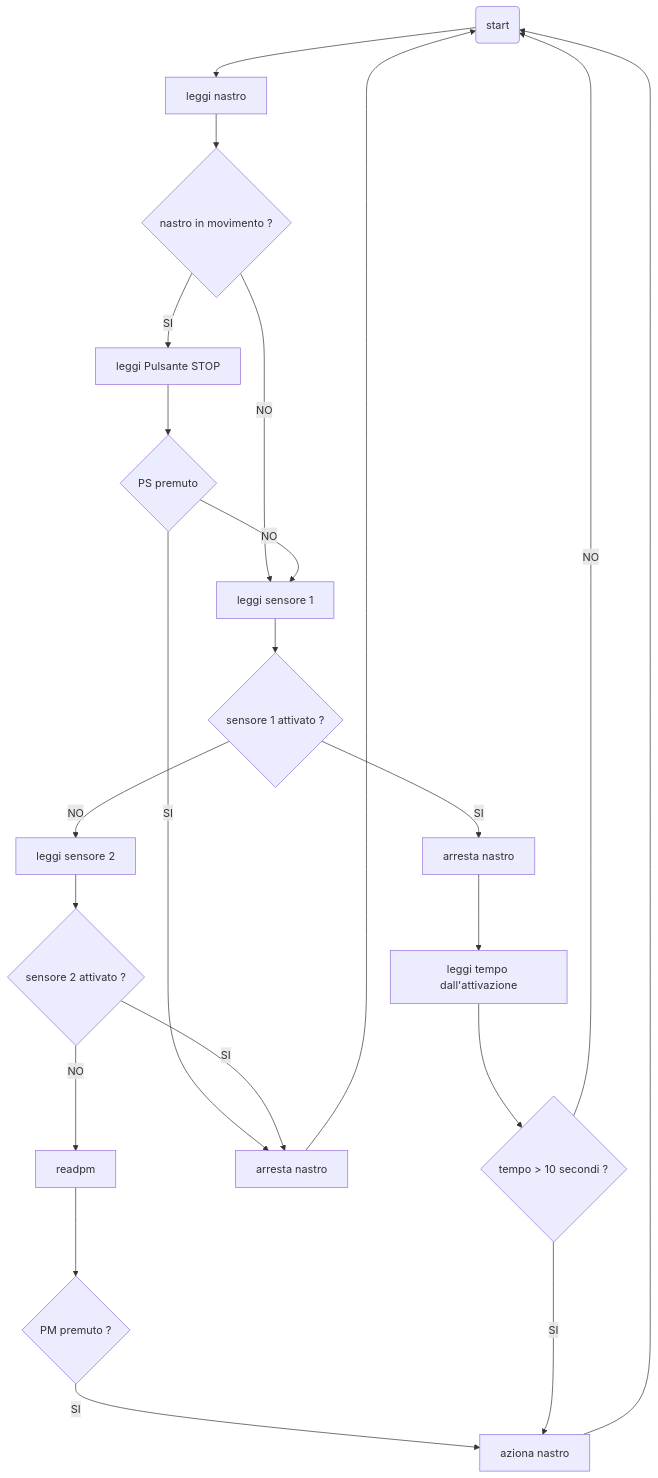
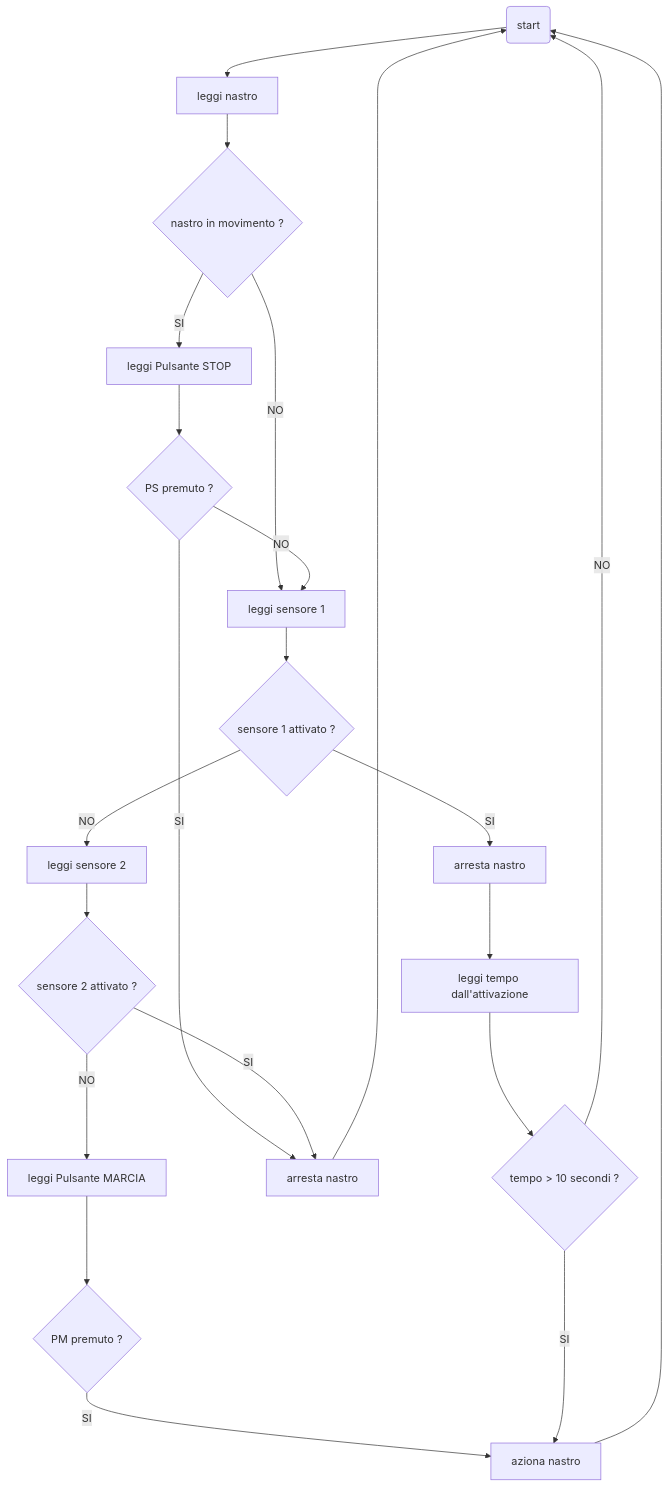
Before and after one commit to dennyb87/elettrotecnica-serale: the diagram in classe_5/sistemi/uda_2/consegne/nastro_trasportatore_temporizzato.md, drawn with Mermaid.

````diff
--- a/classe_5/sistemi/uda_2/consegne/nastro_trasportatore_temporizzato.md
+++ b/classe_5/sistemi/uda_2/consegne/nastro_trasportatore_temporizzato.md
@@ -9,29 +9,29 @@
 ```mermaid
 flowchart TB
     start(start)
 
     start-->readmat[leggi nastro]
     readmat-->mat{nastro in movimento ?}
     mat--NO-->readsc[leggi Pulsante MARCIA]
     readpm-->pm{PM premuto ?}
     pm--SI-->activatemat[aziona nastro]
     activatemat-->start
 
     mat--SI-->readps[leggi Pulsante STOP]
-    readps-->ps{PS premuto}--SI-->stopmat[arresta nastro]
+    readps-->ps{PS premuto ?}--SI-->stopmat[arresta nastro]
     stopmat-->start
     ps--NO-->readsc
 
     readsc[leggi sensore 1]
     readsc-->s1{sensore 1 attivato ?}
     s1--SI-->stopmat2[arresta nastro]-->readtime
     readtime[leggi tempo dall'attivazione]
     readtime-->timeended{tempo > 10 secondi ?}
     timeended--SI-->activatemat
     timeended--NO-->start
 
     s1--NO-->reads2[leggi sensore 2]
     reads2-->s2{sensore 2 attivato ?}
     s2--SI-->stopmat
-    s2--NO-->readpm  
+    s2--NO-->readpm[leggi Pulsante MARCIA]  
 ```
````
